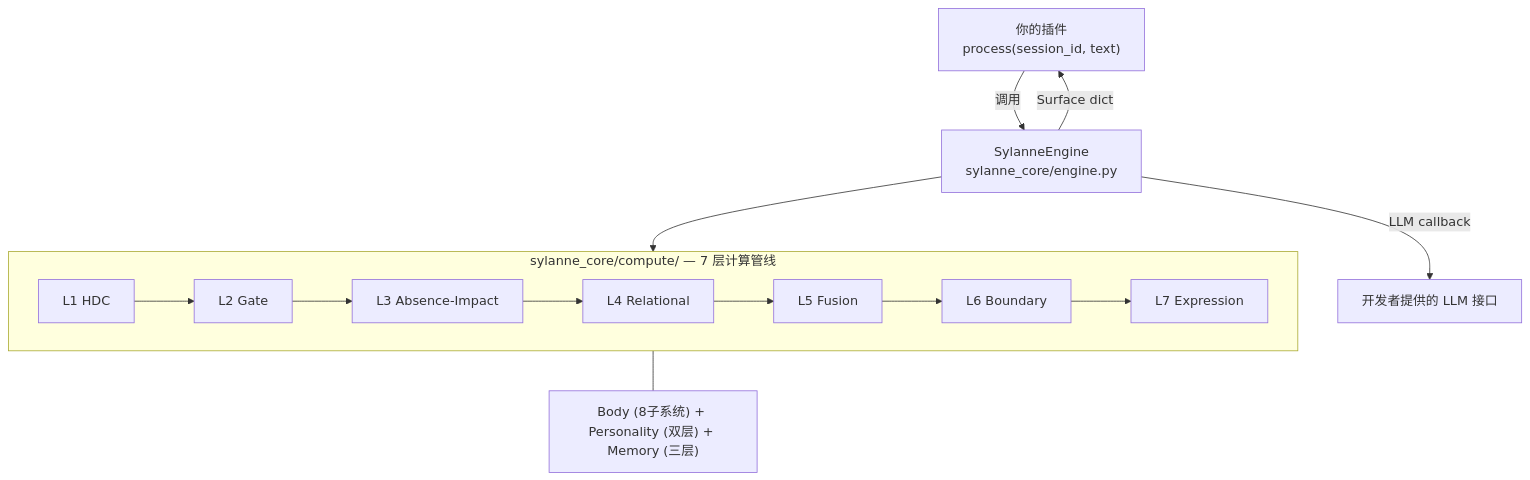
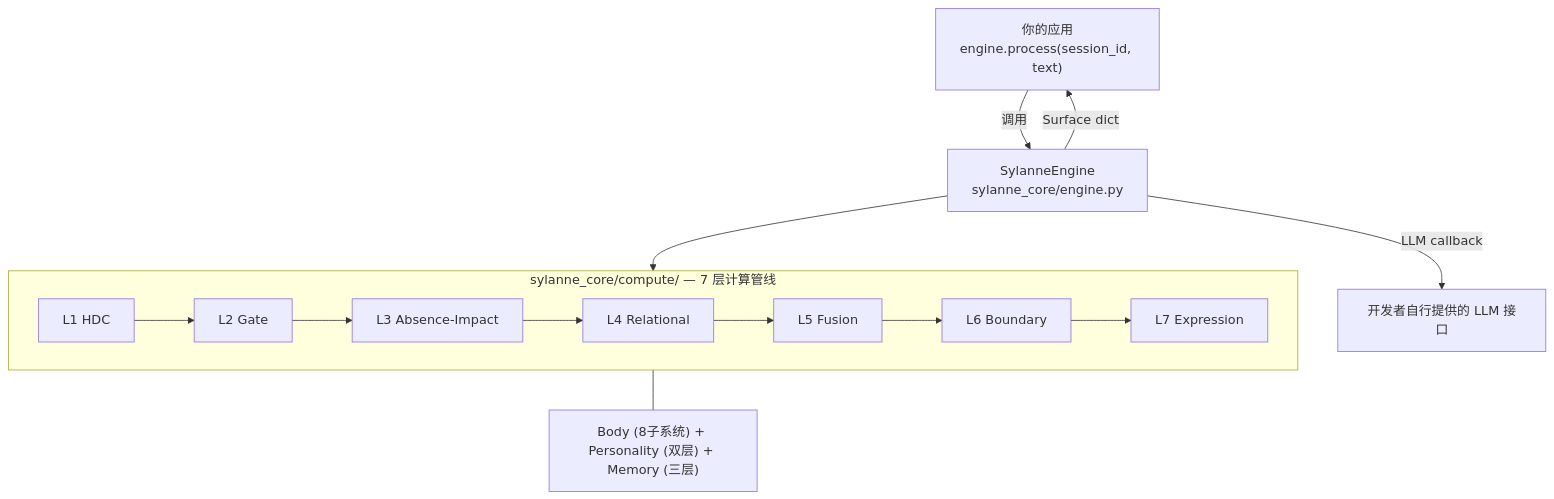
The second of 2 diagrams in README.md (Ayleovelle/SylannEngine), drawn with Mermaid before and after one commit. The commit also changed other lines of this file and 3 other files, not shown here.

Commit message:
refactor: plugin version manages shared engine instance with own LLM config

````diff
--- a/README.md
+++ b/README.md
@@ -287,18 +298,18 @@
 ```mermaid
 graph TD
-    A["你的插件<br/>process(session_id, text)"] -->|"调用"| B
+    A["你的应用<br/>engine.process(session_id, text)"] -->|"调用"| B
     B -->|"Surface dict"| A
 
     B["SylanneEngine<br/>sylanne_core/engine.py"]
     B --> C
-    B -->|"LLM callback"| LLM["开发者提供的 LLM 接口"]
+    B -->|"LLM callback"| LLM["开发者自行提供的 LLM 接口"]
 
     subgraph C["sylanne_core/compute/ — 7 层计算管线"]
         direction LR
         L1["L1 HDC"] --> L2["L2 Gate"] --> L3["L3 Absence-Impact"]
         L3 --> L4["L4 Relational"] --> L5["L5 Fusion"]
         L5 --> L6["L6 Boundary"] --> L7["L7 Expression"]
     end
 
     C --- E["Body (8子系统) + Personality (双层) + Memory (三层)"]
 ```
````
